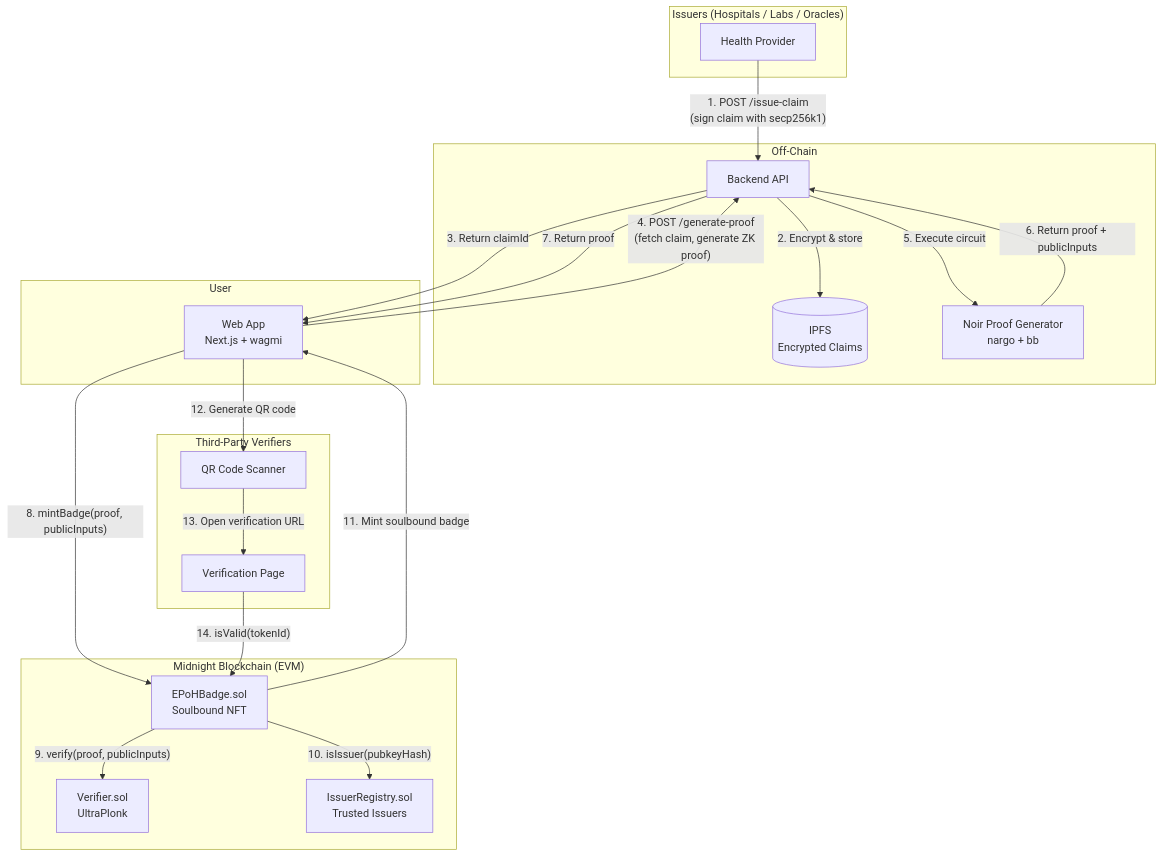
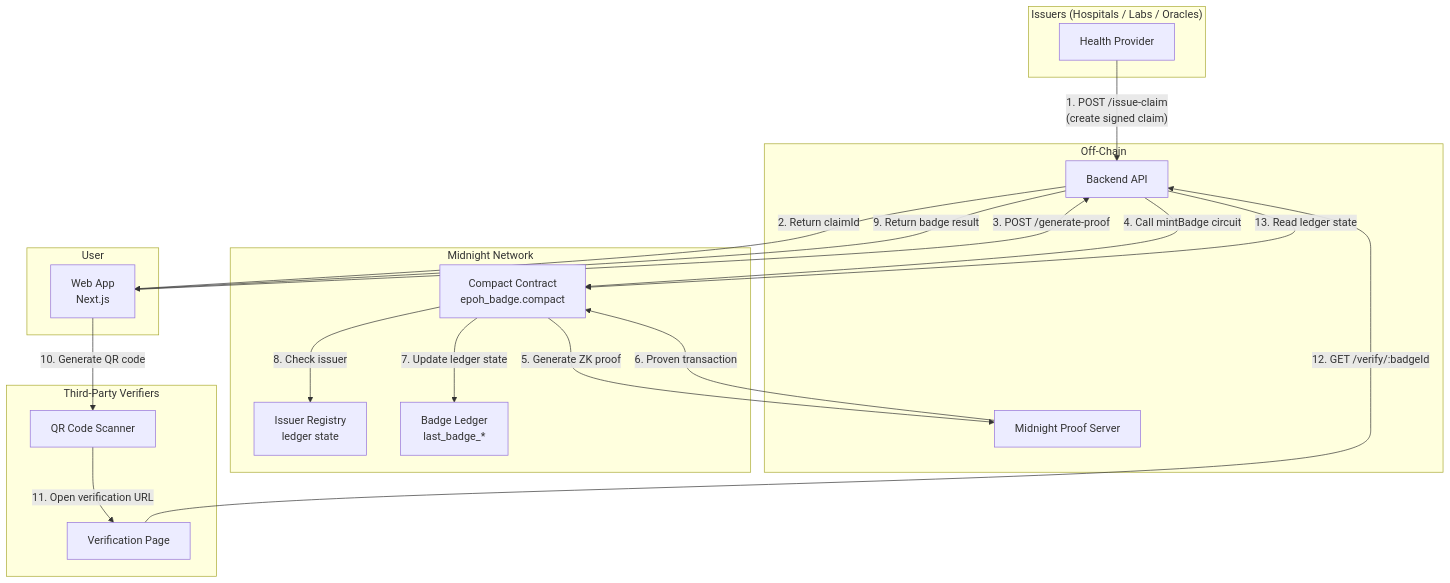
Before and after one commit to SachPlayZ/ephemera: the diagram in docs/architecture.md, drawn with Mermaid. The commit also changed other lines of this file and 30 other files, not shown here.

````diff
--- a/docs/architecture.md
+++ b/docs/architecture.md
@@ -5,42 +5,40 @@
 ```mermaid
 graph TD
     subgraph Issuers["Issuers (Hospitals / Labs / Oracles)"]
         I[Health Provider]
     end
 
     subgraph OffChain["Off-Chain"]
         B[Backend API]
-        IPFS[(IPFS<br/>Encrypted Claims)]
-        W[Noir Proof Generator<br/>nargo + bb]
+        PS[Midnight Proof Server]
     end
 
     subgraph User["User"]
-        APP[Web App<br/>Next.js + wagmi]
+        APP[Web App<br/>Next.js]
     end
 
-    subgraph Midnight["Midnight Blockchain (EVM)"]
-        V[Verifier.sol<br/>UltraPlonk]
-        IR[IssuerRegistry.sol<br/>Trusted Issuers]
-        EP[EPoHBadge.sol<br/>Soulbound NFT]
+    subgraph Midnight["Midnight Network"]
+        CC[Compact Contract<br/>epoh_badge.compact]
+        IL[Issuer Registry<br/>ledger state]
+        BL[Badge Ledger<br/>last_badge_*]
     end
 
     subgraph Verifiers["Third-Party Verifiers"]
         QR[QR Code Scanner]
         VP[Verification Page]
     end
 
-    I -->|"1. POST /issue-claim<br/>(sign claim with secp256k1)"| B
-    B -->|"2. Encrypt & store"| IPFS
-    B -->|"3. Return claimId"| APP
-    APP -->|"4. POST /generate-proof<br/>(fetch claim, generate ZK proof)"| B
-    B -->|"5. Execute circuit"| W
-    W -->|"6. Return proof + publicInputs"| B
-    B -->|"7. Return proof"| APP
-    APP -->|"8. mintBadge(proof, publicInputs)"| EP
-    EP -->|"9. verify(proof, publicInputs)"| V
-    EP -->|"10. isIssuer(pubkeyHash)"| IR
-    EP -->|"11. Mint soulbound badge"| APP
-    APP -->|"12. Generate QR code"| QR
-    QR -->|"13. Open verification URL"| VP
-    VP -->|"14. isValid(tokenId)"| EP
+    I -->|"1. POST /issue-claim<br/>(create signed claim)"| B
+    B -->|"2. Return claimId"| APP
+    APP -->|"3. POST /generate-proof"| B
+    B -->|"4. Call mintBadge circuit"| CC
+    CC -->|"5. Generate ZK proof"| PS
+    PS -->|"6. Proven transaction"| CC
+    CC -->|"7. Update ledger state"| BL
+    CC -->|"8. Check issuer"| IL
+    B -->|"9. Return badge result"| APP
+    APP -->|"10. Generate QR code"| QR
+    QR -->|"11. Open verification URL"| VP
+    VP -->|"12. GET /verify/:badgeId"| B
+    B -->|"13. Read ledger state"| CC
 ```
````
